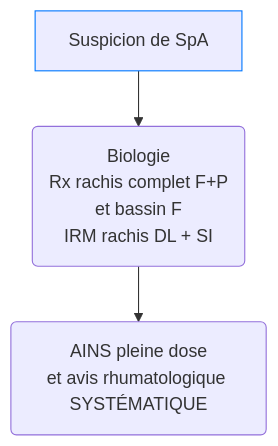
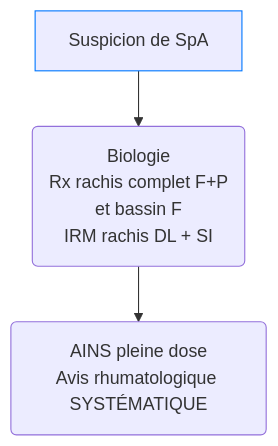
Before and after one commit to djibe/recommandations-medicales: the diagram in content/recommandations/spondylarthrite-ankylosante.md, drawn with Mermaid. The commit also changed other lines of this file and 28 other files, not shown here.

Commit message:
flowchart optional loading

```diff
--- a/content/recommandations/spondylarthrite-ankylosante.md
+++ b/content/recommandations/spondylarthrite-ankylosante.md
@@ -335,6 +335,6 @@
 {{< mermaid >}}
 graph TB
-  suspicion["Suspicion de SpA"] --> bilan("Biologie<br>Rx rachis complet F+P<br>et bassin F<br>IRM rachis DL + SI") --> rhumato("AINS pleine dose<br>et avis rhumatologique SYSTÉMATIQUE")
+  suspicion["Suspicion de SpA"] --> bilan("Biologie<br>Rx rachis complet F+P<br>et bassin F<br>IRM rachis DL + SI") --> rhumato("AINS pleine dose<br>Avis rhumatologique SYSTÉMATIQUE")
   style suspicion stroke:#0077ff, stroke-width:1px
 
 {{< /mermaid >}}
```
